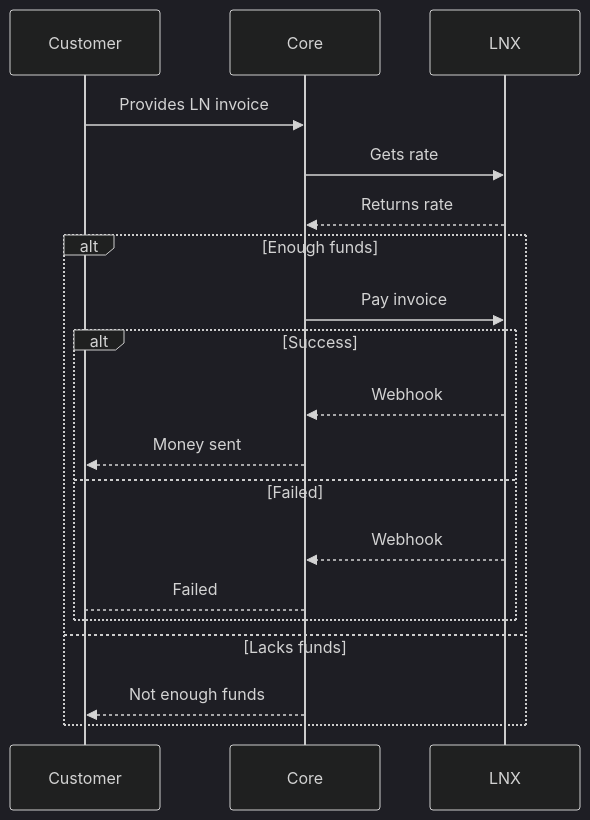
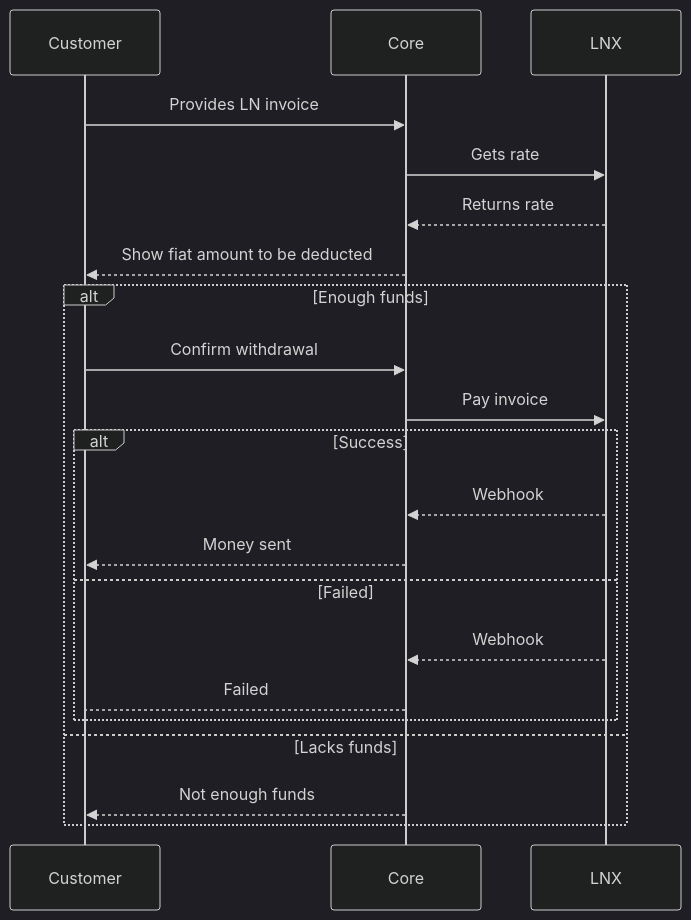
The second of 3 diagrams in 001-lnx-broker/readme.md (bloom-solutions/lnx-spec), drawn with Mermaid (dark theme) before and after one commit.

Commit message:
docs: add customer confirmation when withdrawing

````diff
--- a/001-lnx-broker/readme.md
+++ b/001-lnx-broker/readme.md
@@ -34,21 +34,23 @@
 ```mermaid
 sequenceDiagram
     Participant Customer
     Participant Core
     Participant LNX
     Customer->>Core: Provides LN invoice
     Core->>LNX: Gets rate
     LNX-->>Core: Returns rate
+    Core-->>Customer: Show fiat amount to be deducted
     alt Enough funds
+        Customer->>Core: Confirm withdrawal
         Core->>LNX: Pay invoice
         alt Success
             LNX-->>Core: Webhook
             Core-->>Customer: Money sent
         else Failed
             LNX-->>Core: Webhook
             Core-->Customer: Failed
         end
     else Lacks funds
         Core-->>Customer: Not enough funds
     end
 ```
````
